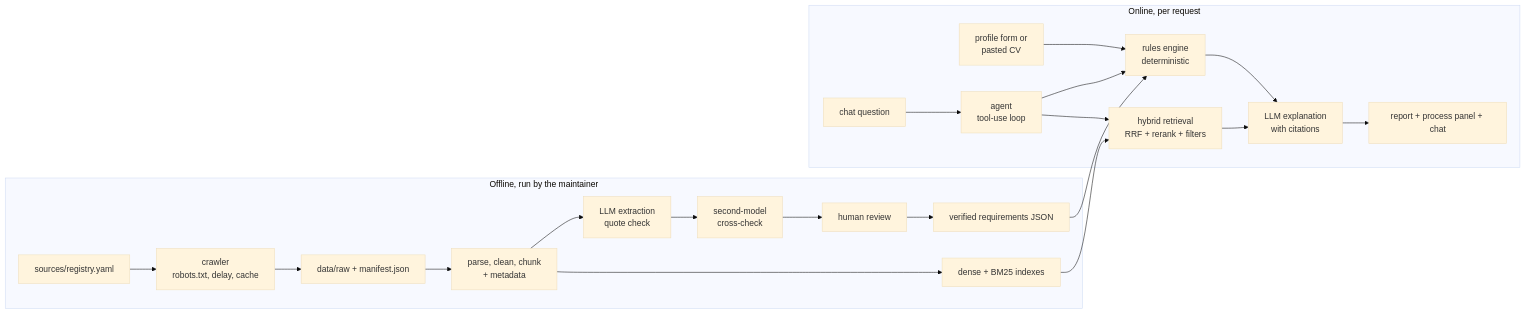
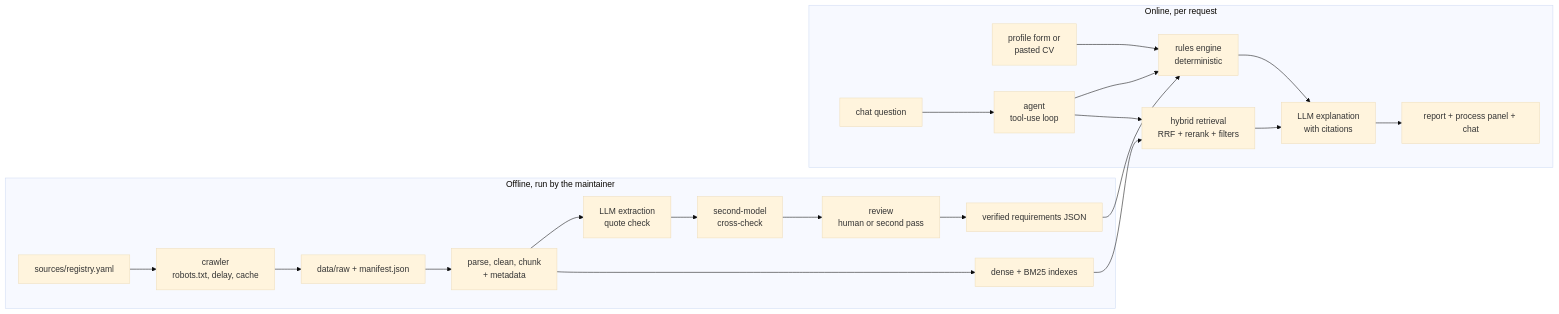
The diagram in docs/PROJECT_PLAN.md (PranavMaheshwari06/Project_Rag), drawn with Mermaid (base theme) before and after one commit. The commit also changed other lines of this file and 4 other files, not shown here.

````diff
--- a/docs/PROJECT_PLAN.md
+++ b/docs/PROJECT_PLAN.md
@@ -23,24 +23,24 @@
 ```mermaid
 flowchart LR
     subgraph Offline["Offline, run by the maintainer"]
         REG[sources/registry.yaml] --> CR[crawler<br/>robots.txt, delay, cache]
         CR --> RAW[data/raw + manifest.json]
         RAW --> ING[parse, clean, chunk<br/>+ metadata]
         ING --> IDX[dense + BM25 indexes]
         ING --> EXT[LLM extraction<br/>quote check]
         EXT --> CHK[second-model<br/>cross-check]
-        CHK --> REV[human review]
+        CHK --> REV[review<br/>human or second pass]
         REV --> REQ[verified requirements JSON]
     end
     subgraph Online["Online, per request"]
         P[profile form or<br/>pasted CV] --> RE[rules engine<br/>deterministic]
         REQ --> RE
         Q[chat question] --> AG[agent<br/>tool-use loop]
         AG --> RET[hybrid retrieval<br/>RRF + rerank + filters]
         IDX --> RET
         AG --> RE
         RE --> EXP[LLM explanation<br/>with citations]
         RET --> EXP
         EXP --> UI[report + process panel + chat]
     end
 ```
````
